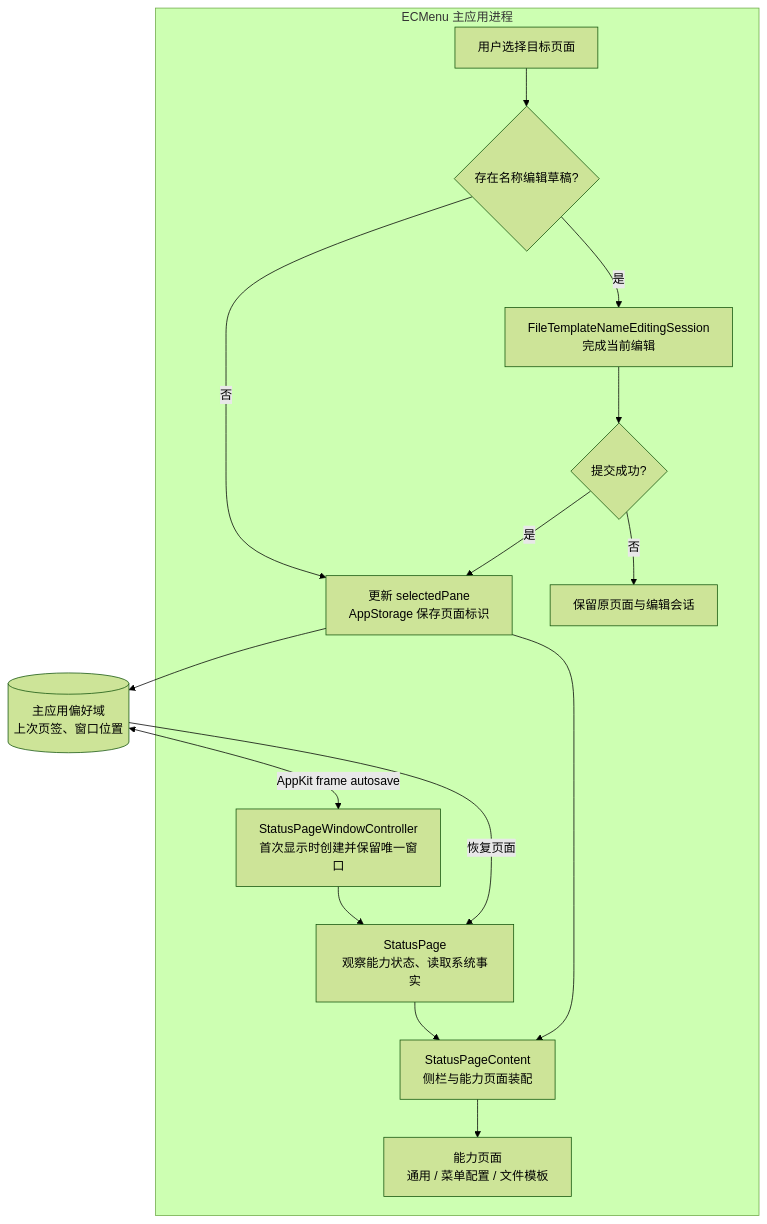
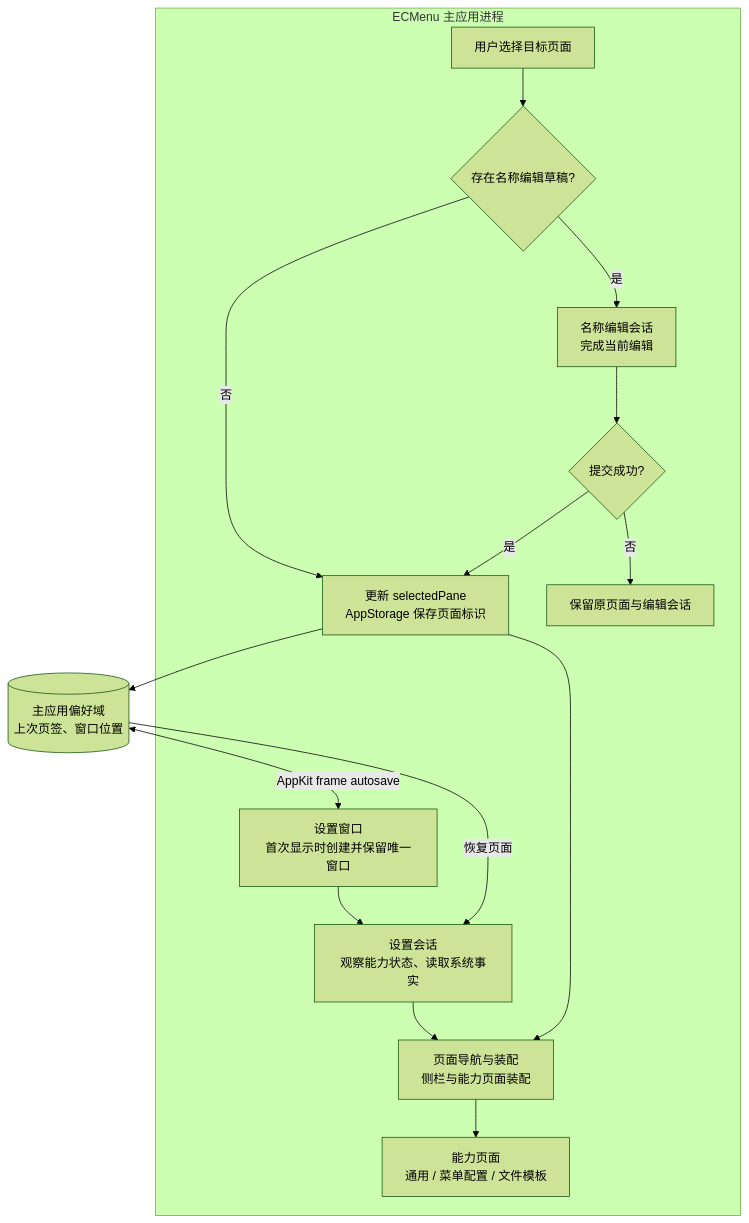
One commit to tlb-22/mac-tool-ecmenu changed the third of 3 diagrams in spec/Technical/Features/GeneralSettings.md. Above: the diagram before and after it, drawn with Mermaid (forest theme). The commit also changed other lines of this file and 38 other files, not shown here.

````diff
--- a/spec/Technical/Features/GeneralSettings.md
+++ b/spec/Technical/Features/GeneralSettings.md
@@ -108,26 +108,26 @@
 ```mermaid
 flowchart TB
     subgraph app[ECMenu 主应用进程]
-        window[StatusPageWindowController<br/>首次显示时创建并保留唯一窗口]
-        session[StatusPage<br/>观察能力状态、读取系统事实]
-        shell[StatusPageContent<br/>侧栏与能力页面装配]
+        window[设置窗口<br/>首次显示时创建并保留唯一窗口]
+        session[设置会话<br/>观察能力状态、读取系统事实]
+        shell[页面导航与装配<br/>侧栏与能力页面装配]
         choice[用户选择目标页面]
         editing{存在名称编辑草稿?}
-        finish[FileTemplateNameEditingSession<br/>完成当前编辑]
+        finish[名称编辑会话<br/>完成当前编辑]
         success{提交成功?}
         selection[更新 selectedPane<br/>AppStorage 保存页面标识]
         remain[保留原页面与编辑会话]
         pages[能力页面<br/>通用 / 菜单配置 / 文件模板]
         window --> session --> shell --> pages
         choice --> editing
         editing -->|否| selection
         editing -->|是| finish --> success
         success -->|是| selection
         success -->|否| remain
         selection --> shell
     end
     defaults[(主应用偏好域<br/>上次页签、窗口位置)]
     defaults -->|恢复页面| session
     selection --> defaults
     defaults <-->|AppKit frame autosave| window
 ```
````
